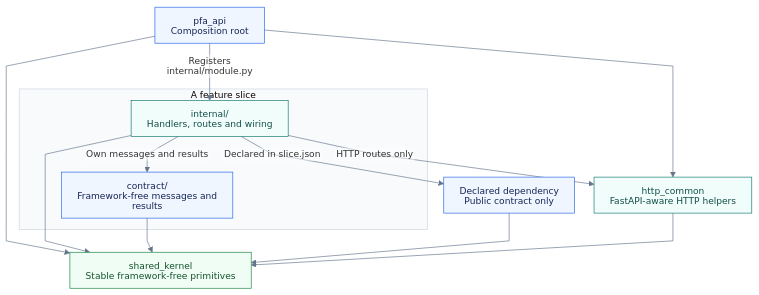
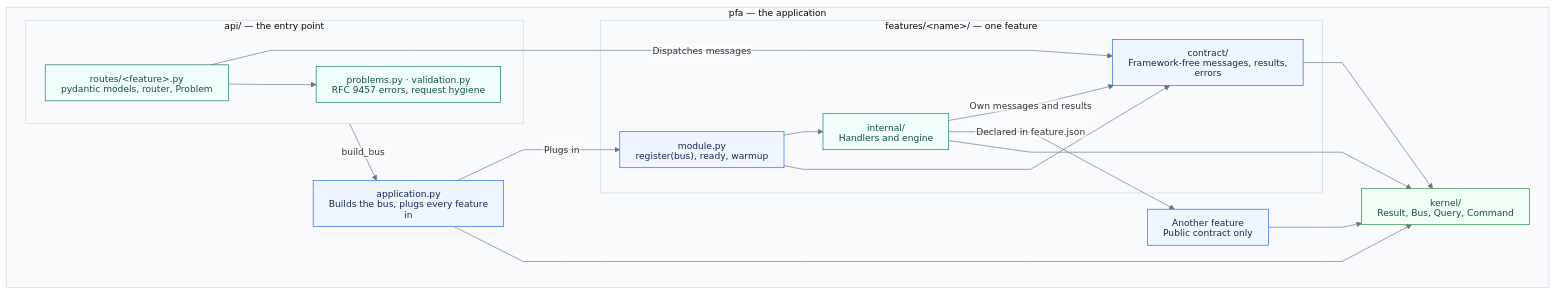
The diagram in docs/diagrams/dependencies.mmd (mrrasmussendk/pfa-api), drawn with Mermaid before and after one commit. The commit also changed 119 other files, not shown here.

Commit message:
Migrate and refactor codebase to reorganize package structure; introduce `pfa.features`, `pfa.kernel`, and `pfa.api` modules

```diff
--- a/docs/diagrams/dependencies.mmd
+++ b/docs/diagrams/dependencies.mmd
@@ -1,25 +1,33 @@
 %%{init: {"theme": "base", "themeVariables": {"fontFamily": "Arial, sans-serif", "fontSize": "14px", "lineColor": "#64748b", "edgeLabelBackground": "#ffffff", "clusterBkg": "#f8fafc", "clusterBorder": "#cbd5e1"}, "htmlLabels": false, "flowchart": {"htmlLabels": false, "curve": "linear", "nodeSpacing": 30, "rankSpacing": 35, "padding": 12, "wrappingWidth": 260}}}%%
 flowchart TB
     accTitle: Allowed imports: arrows point from importer to dependency
-    root["pfa_api<br/>Composition root"]:::input
-    subgraph feature ["A feature slice"]
-        internal["internal/<br/>Handlers, routes and wiring"]:::process
-        contract["contract/<br/>Framework-free messages and results"]:::input
+    subgraph pfa ["pfa — the application"]
+        subgraph api ["api/ — the entry point"]
+            routes["routes/&lt;feature&gt;.py<br/>pydantic models, router, Problem"]:::process
+            edge["problems.py · validation.py<br/>RFC 9457 errors, request hygiene"]:::process
+        end
+        application["application.py<br/>Builds the bus, plugs every feature in"]:::input
+        subgraph feature ["features/&lt;name&gt;/ — one feature"]
+            module["module.py<br/>register(bus), ready, warmup"]:::input
+            internal["internal/<br/>Handlers and engine"]:::process
+            contract["contract/<br/>Framework-free messages, results, errors"]:::input
+        end
+        dep["Another feature<br/>Public contract only"]:::input
+        kernel["kernel/<br/>Result, Bus, Query, Command"]:::output
     end
-    dep["Declared dependency<br/>Public contract only"]:::input
-    http["http_common<br/>FastAPI-aware HTTP helpers"]:::process
-    kernel["shared_kernel<br/>Stable framework-free primitives"]:::output
-    root -->|Registers internal/module.py| internal
-    root --> http
-    root --> kernel
+    routes -->|Dispatches messages| contract
+    routes --> edge
+    api -->|build_bus| application
+    application -->|Plugs in| module
+    application --> kernel
+    module --> internal
+    module --> contract
     internal -->|Own messages and results| contract
-    internal -->|Declared in slice.json| dep
-    internal -->|HTTP routes only| http
+    internal -->|Declared in feature.json| dep
     internal --> kernel
     contract --> kernel
     dep --> kernel
-    http --> kernel
     classDef input fill:#eff6ff,stroke:#2563eb,color:#172554
     classDef process fill:#f0fdfa,stroke:#0f766e,color:#134e4a
     classDef decision fill:#fffbeb,stroke:#b45309,color:#78350f
     classDef output fill:#f0fdf4,stroke:#15803d,color:#14532d
```
